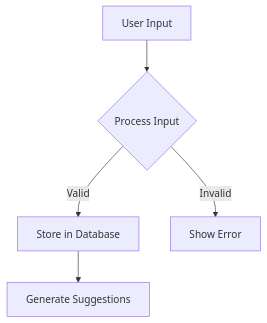
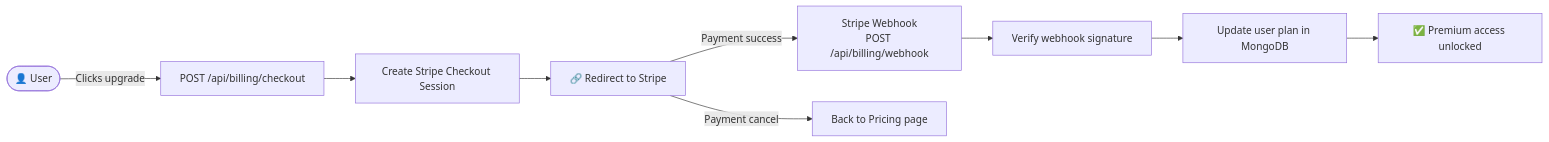
The fifth of 5 diagrams in README.md (prannavdeshpande/second-brain), drawn with Mermaid before and after one commit. The commit also changed other lines of this file, not shown here.

````diff
--- a/README.md
+++ b/README.md
@@ -22,7 +126,11 @@
 ```mermaid
-flowchart TD;
-    A[User Input] --> B{Process Input}
-    B -->|Valid| C[Store in Database]
-    B -->|Invalid| D[Show Error]
-    C --> E[Generate Suggestions]
+flowchart LR
+  A([👤 User]) -->|Clicks upgrade| B[POST /api/billing/checkout]
+  B --> C[Create Stripe Checkout Session]
+  C --> D[🔗 Redirect to Stripe]
+  D -->|Payment success| E[Stripe Webhook\nPOST /api/billing/webhook]
+  D -->|Payment cancel| F[Back to Pricing page]
+  E --> G[Verify webhook signature]
+  G --> H[Update user plan in MongoDB]
+  H --> I[✅ Premium access unlocked]
 ```
````
